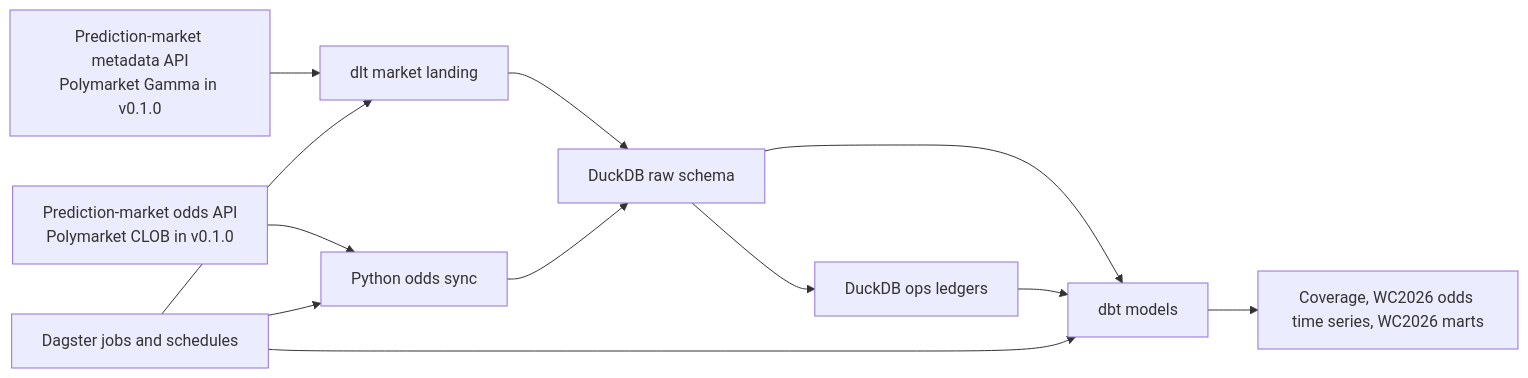
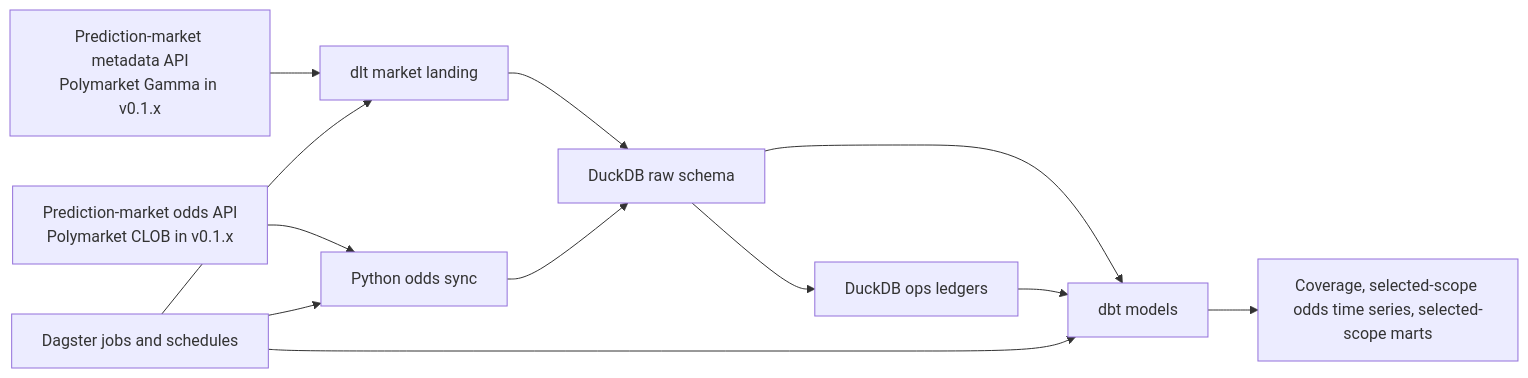
One commit to hypertrial/oddsfox-pipeline changed the first of 2 diagrams in docs/architecture.md. Above: the diagram before and after it, drawn with Mermaid. The commit also changed other lines of this file and 136 other files, not shown here.

Commit message:
Generalize Polymarket market scopes

````diff
--- a/docs/architecture.md
+++ b/docs/architecture.md
@@ -10,14 +10,14 @@
 ```mermaid
 flowchart LR
-    gamma["Prediction-market metadata API<br/>Polymarket Gamma in v0.1.0"] --> dlt["dlt market landing"]
-    clob["Prediction-market odds API<br/>Polymarket CLOB in v0.1.0"] --> odds["Python odds sync"]
+    gamma["Prediction-market metadata API<br/>Polymarket Gamma in v0.1.x"] --> dlt["dlt market landing"]
+    clob["Prediction-market odds API<br/>Polymarket CLOB in v0.1.x"] --> odds["Python odds sync"]
     dlt --> raw["DuckDB raw schema"]
     odds --> raw
     raw --> ops["DuckDB ops ledgers"]
     raw --> dbt["dbt models"]
     ops --> dbt
-    dbt --> marts["Coverage, WC2026 odds time series, WC2026 marts"]
+    dbt --> marts["Coverage, selected-scope odds time series, selected-scope marts"]
     dagster["Dagster jobs and schedules"] --> dlt
     dagster --> odds
     dagster --> dbt
 ```
````
